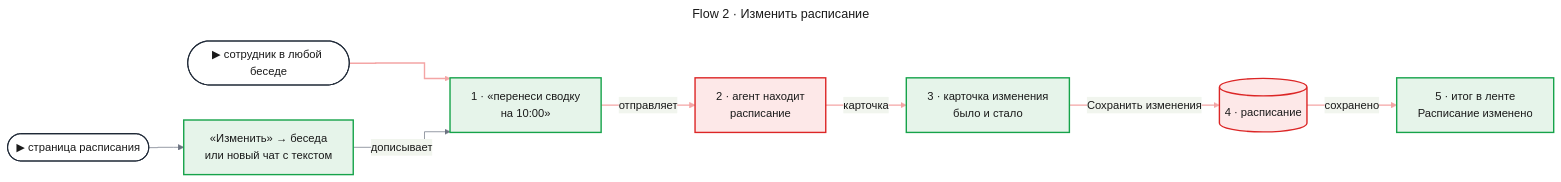
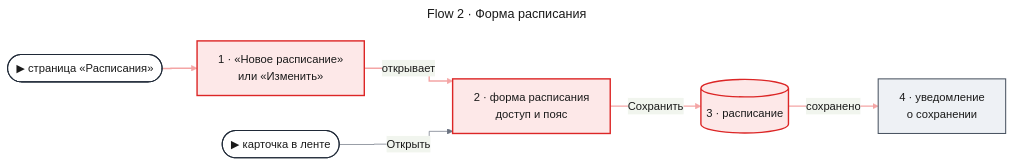
Before and after one commit to tundraray/agent-os: the second of 2 diagrams in docs/features/chat-scheduling/uxrd.md, drawn with Mermaid. The commit also changed other lines of this file and 7 other files, not shown here.

Commit message:
docs: compact schedule card and the page form in the chat scheduling UXRD

````diff
--- a/docs/features/chat-scheduling/uxrd.md
+++ b/docs/features/chat-scheduling/uxrd.md
@@ -113,49 +106,43 @@
 ```mermaid
 ---
-title: "Flow 2 · Изменить расписание"
+title: "Flow 2 · Форма расписания"
 config:
   theme: base
   look: classic
   themeVariables:
     primaryColor: "#eef1f5"
     primaryBorderColor: "#4b5563"
     primaryTextColor: "#1a1a1a"
     lineColor: "#6b7280"
   flowchart:
     curve: step
   themeCSS: |
-    @keyframes lit_f2{0%,18%{stroke:#991b1b;stroke-width:6px}20%,100%{stroke:#f4a5a5;stroke-width:2px}}
+    @keyframes lit_f2{0%,22.5%{stroke:#991b1b;stroke-width:6px}25%,100%{stroke:#f4a5a5;stroke-width:2px}}
 ---
 flowchart LR
-    entry(["▶ сотрудник в любой беседе"])
-    text["1 · «перенеси сводку<br/>на 10:00»"]
-    agent["2 · агент находит<br/>расписание"]
-    card["3 · карточка изменения<br/>было и стало"]
-    sched[("4 · расписание")]
-    done["5 · итог в ленте<br/>Расписание изменено"]
-    page(["▶ страница расписания"])
-    seed["«Изменить» → беседа<br/>или новый чат с текстом"]
-    entry e1@--> text
-    text e2@-->|"отправляет"| agent
-    agent e3@-->|"карточка"| card
-    card e4@-->|"Сохранить изменения"| sched
-    sched e5@-->|"сохранено"| done
-    page --> seed
-    seed -->|"дописывает"| text
+    page(["▶ страница «Расписания»"])
+    btn["1 · «Новое расписание»<br/>или «Изменить»"]
+    form["2 · форма расписания<br/>доступ и пояс"]
+    sched[("3 · расписание")]
+    done["4 · уведомление<br/>о сохранении"]
+    card(["▶ карточка в ленте"])
+    page e1@--> btn
+    btn e2@-->|"открывает"| form
+    form e3@-->|"Сохранить"| sched
+    sched e4@-->|"сохранено"| done
+    card -->|"Открыть"| form
     classDef entry fill:#ffffff,stroke:#1f2937,stroke-width:1.5px,color:#1a1a1a
     classDef changed fill:#fde8e8,stroke:#dc2626,stroke-width:2px,color:#1a1a1a
-    classDef new fill:#e6f4ea,stroke:#16a34a,stroke-width:2px,color:#1a1a1a
-    classDef w1 stroke:#f4a5a5,stroke-width:2px,animation:lit_f2 6s linear 0s infinite
-    classDef w2 stroke:#f4a5a5,stroke-width:2px,animation:lit_f2 6s linear 1.2s infinite
-    classDef w3 stroke:#f4a5a5,stroke-width:2px,animation:lit_f2 6s linear 2.4s infinite
-    classDef w4 stroke:#f4a5a5,stroke-width:2px,animation:lit_f2 6s linear 3.6s infinite
-    classDef w5 stroke:#f4a5a5,stroke-width:2px,animation:lit_f2 6s linear 4.8s infinite
-    class entry,page entry
-    class agent,sched changed
-    class text,card,done,seed new
+    classDef unchanged fill:#eef1f5,stroke:#4b5563,stroke-width:1.5px,color:#1a1a1a
+    classDef w1 stroke:#f4a5a5,stroke-width:2px,animation:lit_f2 4.8s linear 0s infinite
+    classDef w2 stroke:#f4a5a5,stroke-width:2px,animation:lit_f2 4.8s linear 1.2s infinite
+    classDef w3 stroke:#f4a5a5,stroke-width:2px,animation:lit_f2 4.8s linear 2.4s infinite
+    classDef w4 stroke:#f4a5a5,stroke-width:2px,animation:lit_f2 4.8s linear 3.6s infinite
+    class page,card entry
+    class btn,form,sched changed
+    class done unchanged
     class e1 w1
     class e2 w2
     class e3 w3
     class e4 w4
-    class e5 w5
 ```
````
